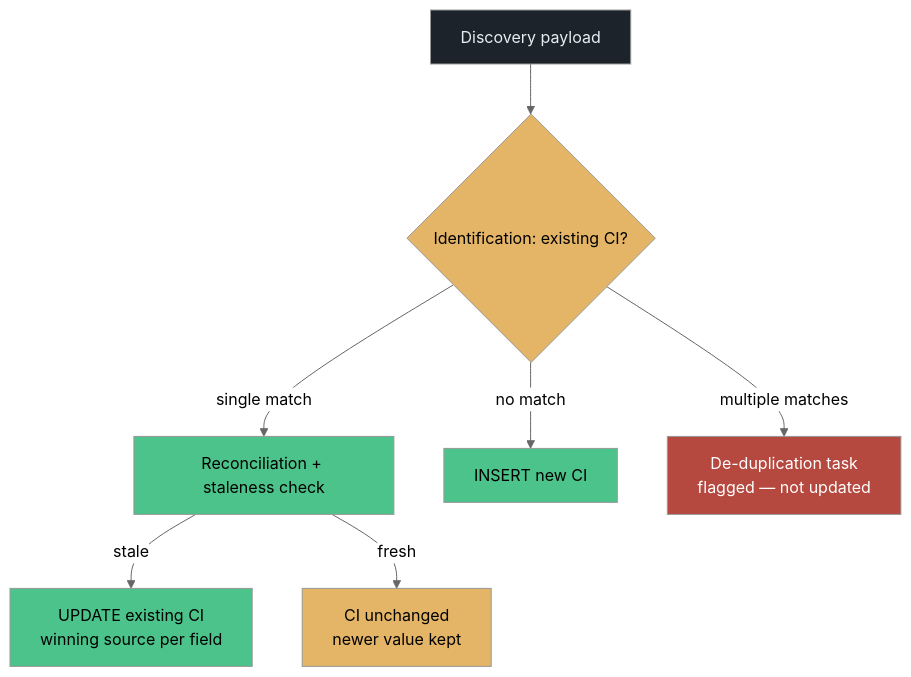
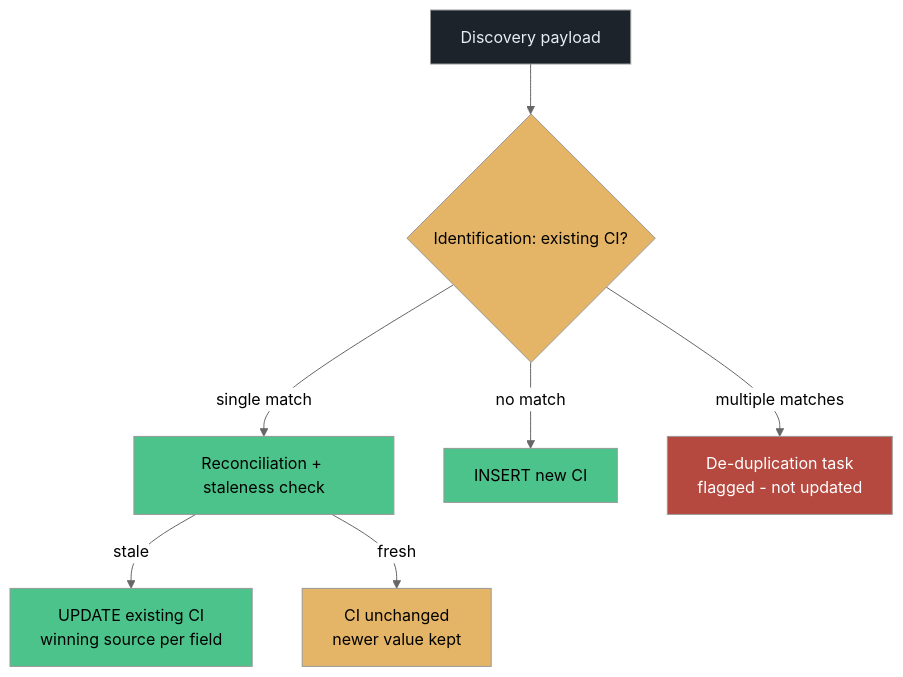
The first of 5 diagrams in docs/modules/discovery/discovery-guide.backup-2026-11-24.md (eltonaguiar/ServiceNow_Learning_TSOM-_CSM_FSM_SalesCRM_HAM_ITSM), drawn with Mermaid (neutral theme) before and after one commit. The commit also changed other lines of this file and 10 other files, not shown here.

First line of the commit message:
Fix Mermaid diagram unicode characters causing syntax errors

````diff
--- a/docs/modules/discovery/discovery-guide.backup-2026-11-24.md
+++ b/docs/modules/discovery/discovery-guide.backup-2026-11-24.md
@@ -250,18 +250,18 @@
 ```mermaid
 flowchart TD
     DISC[Discovery payload] --> ID{Identification: existing CI?}
     ID -->|single match| REC[Reconciliation + staleness check]
     ID -->|no match| NEW[INSERT new CI]
-    ID -->|multiple matches| DEDUP[De-duplication task<br/>flagged — not updated]
+    ID -->|multiple matches| DEDUP[De-duplication task<br/>flagged  -  not updated]
     REC -->|stale| UPD[UPDATE existing CI<br/>winning source per field]
     REC -->|fresh| SKIP[CI unchanged<br/>newer value kept]
 
     style DISC fill:#1c232a,color:#e6edf3
     style ID fill:#e5b567,color:#000
     style REC fill:#4cc38a,color:#000
     style NEW fill:#4cc38a,color:#000
     style DEDUP fill:#b5483f,color:#fff
     style UPD fill:#4cc38a,color:#000
     style SKIP fill:#e5b567,color:#000
 
 ```
````
